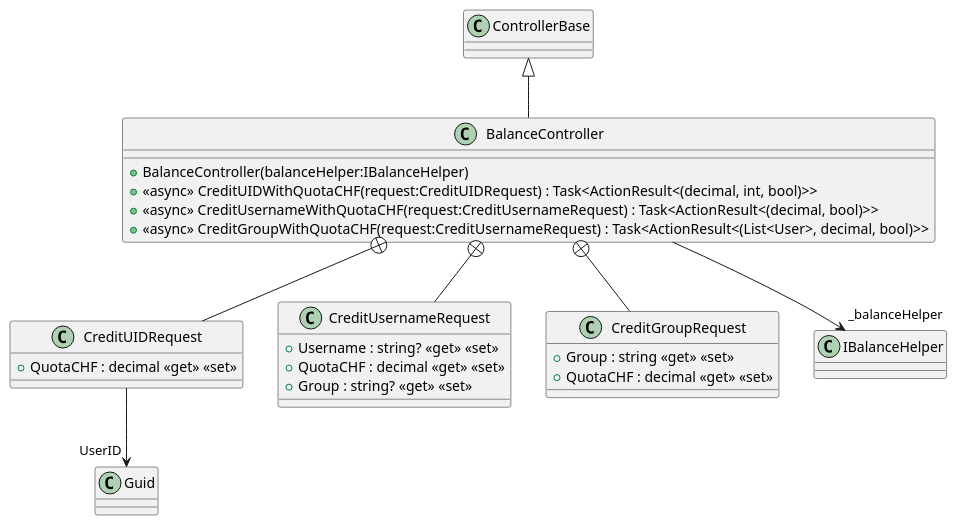
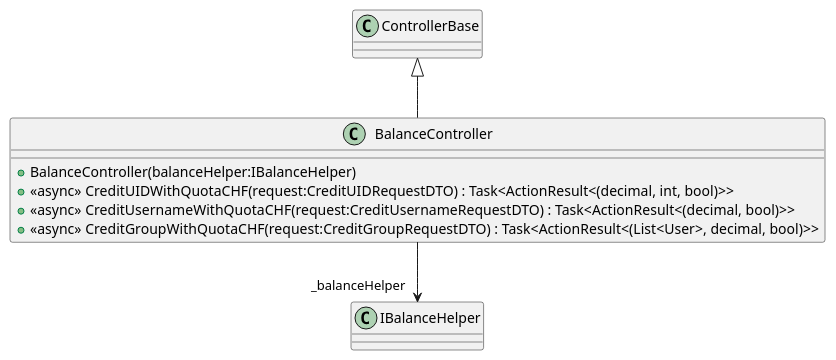
Before and after one commit to IG-TD-TC-Team/ArchitectureG3: the diagram in WebAPI_GeneratedPuml/Controllers/BalanceController.puml, drawn with PlantUML. The commit also changed 69 other files, not shown here.

```diff
--- a/WebAPI_GeneratedPuml/Controllers/BalanceController.puml
+++ b/WebAPI_GeneratedPuml/Controllers/BalanceController.puml
@@ -1,26 +1,10 @@
 @startuml
 class BalanceController {
     + BalanceController(balanceHelper:IBalanceHelper)
-    + <<async>> CreditUIDWithQuotaCHF(request:CreditUIDRequest) : Task<ActionResult<(decimal, int, bool)>>
-    + <<async>> CreditUsernameWithQuotaCHF(request:CreditUsernameRequest) : Task<ActionResult<(decimal, bool)>>
-    + <<async>> CreditGroupWithQuotaCHF(request:CreditUsernameRequest) : Task<ActionResult<(List<User>, decimal, bool)>>
-}
-class CreditUIDRequest {
-    + QuotaCHF : decimal <<get>> <<set>>
-}
-class CreditUsernameRequest {
-    + Username : string? <<get>> <<set>>
-    + QuotaCHF : decimal <<get>> <<set>>
-    + Group : string? <<get>> <<set>>
-}
-class CreditGroupRequest {
-    + Group : string <<get>> <<set>>
-    + QuotaCHF : decimal <<get>> <<set>>
+    + <<async>> CreditUIDWithQuotaCHF(request:CreditUIDRequestDTO) : Task<ActionResult<(decimal, int, bool)>>
+    + <<async>> CreditUsernameWithQuotaCHF(request:CreditUsernameRequestDTO) : Task<ActionResult<(decimal, bool)>>
+    + <<async>> CreditGroupWithQuotaCHF(request:CreditGroupRequestDTO) : Task<ActionResult<(List<User>, decimal, bool)>>
 }
 ControllerBase <|-- BalanceController
 BalanceController --> "_balanceHelper" IBalanceHelper
-BalanceController +-- CreditUIDRequest
-CreditUIDRequest --> "UserID" Guid
-BalanceController +-- CreditUsernameRequest
-BalanceController +-- CreditGroupRequest
 @enduml
```
